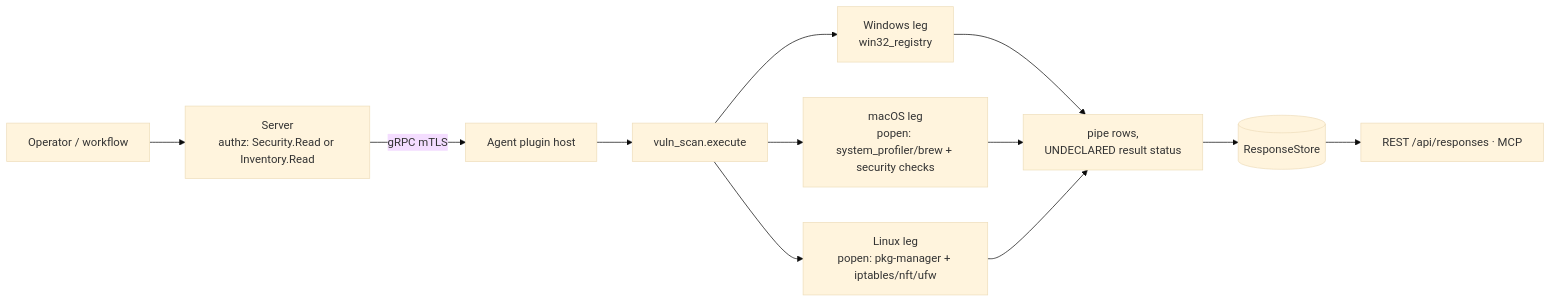
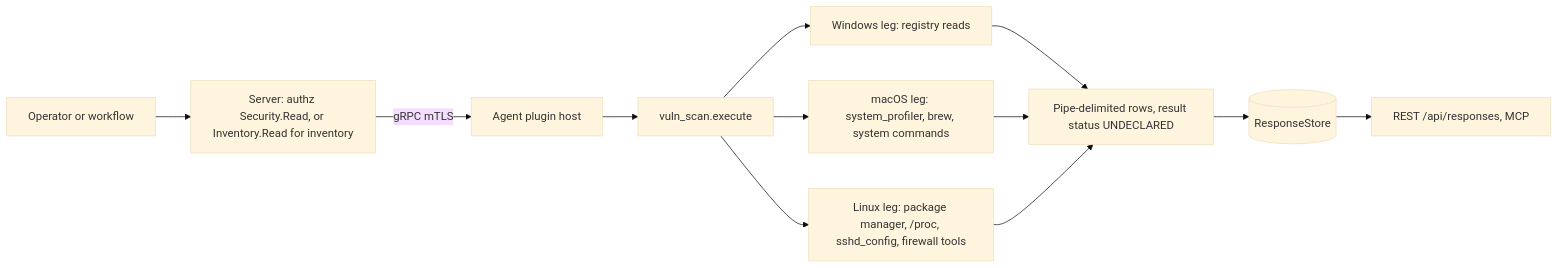
Before and after one commit to DevNullLtd/Yuzu: the first of 3 diagrams in agents/plugins/vuln_scan/README.md, drawn with Mermaid (base theme). The commit also changed other lines of this file and 5 other files, not shown here.

Commit message:
docs(plugins): refresh the filesystem, network_config and vuln_scan READMEs

````diff
--- a/agents/plugins/vuln_scan/README.md
+++ b/agents/plugins/vuln_scan/README.md
@@ -32,10 +21,12 @@
 ```mermaid
 flowchart LR
-  OP[Operator / workflow] --> SRV[Server<br/>authz: Security.Read or Inventory.Read]
-  SRV -- gRPC mTLS --> HOST[Agent plugin host] --> EX[vuln_scan.execute]
-  EX --> WIN[Windows leg<br/>win32_registry]
-  EX --> MAC[macOS leg<br/>popen: system_profiler/brew + security checks]
-  EX --> LIN[Linux leg<br/>popen: pkg-manager + iptables/nft/ufw]
-  WIN & MAC & LIN --> ROWS[pipe rows,<br/>UNDECLARED result status]
-  ROWS --> RS[(ResponseStore)] --> API[REST /api/responses · MCP]
+  OP["Operator or workflow"] --> SRV["Server: authz Security.Read, or Inventory.Read for inventory"]
+  SRV -- "gRPC mTLS" --> HOST["Agent plugin host"] --> EX["vuln_scan.execute"]
+  EX --> WIN["Windows leg: registry reads"]
+  EX --> MAC["macOS leg: system_profiler, brew, system commands"]
+  EX --> LIN["Linux leg: package manager, /proc, sshd_config, firewall tools"]
+  WIN --> ROWS["Pipe-delimited rows, result status UNDECLARED"]
+  MAC --> ROWS
+  LIN --> ROWS
+  ROWS --> RS[("ResponseStore")] --> API["REST /api/responses, MCP"]
 ```
````
